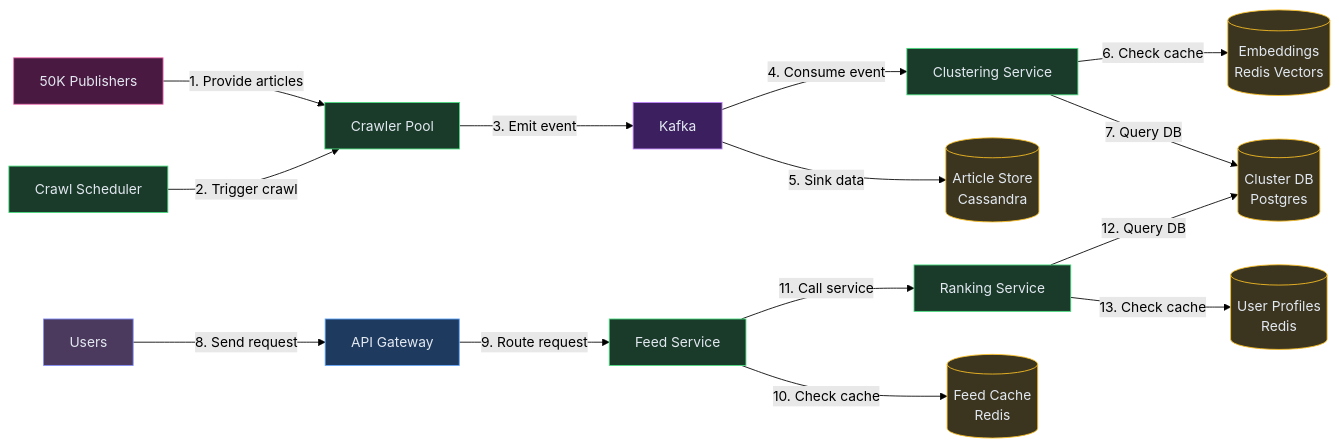
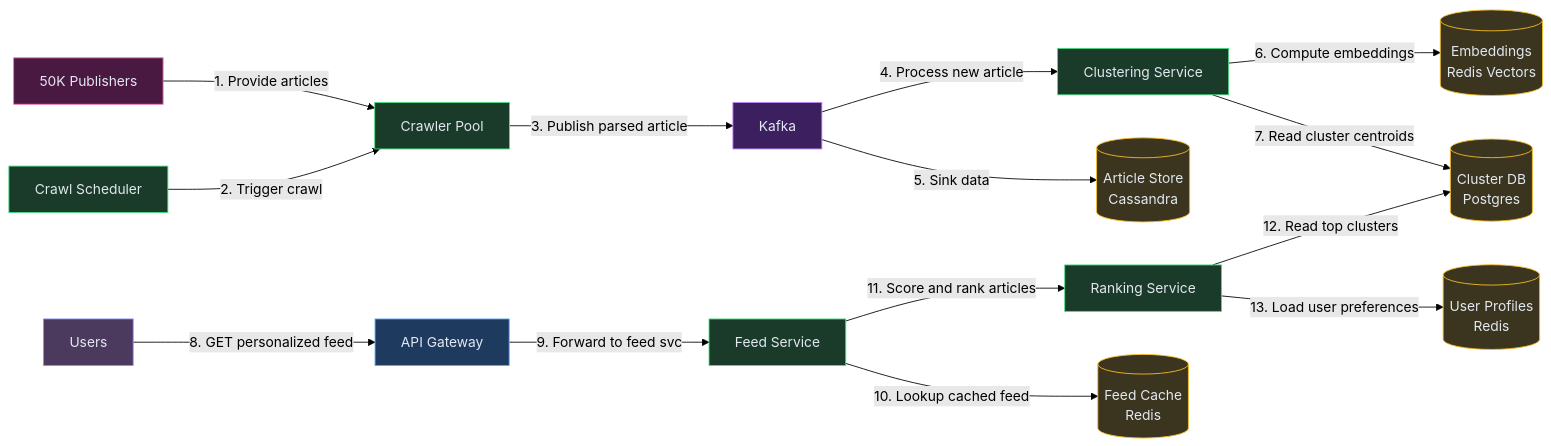
The seventh of 7 diagrams in content/hld/NewsAggregator.md (iluzn/HLD-Designs), drawn with Mermaid (forest theme) before and after one commit. The commit also changed other lines of this file and 27 other files, not shown here.

````diff
--- a/content/hld/NewsAggregator.md
+++ b/content/hld/NewsAggregator.md
@@ -447,38 +447,38 @@
 ```mermaid
 flowchart LR
     SOURCES["50K Publishers"]:::external
     SCHED["Crawl Scheduler"]:::service
     WORKERS["Crawler Pool"]:::service
     KF["Kafka"]:::async
     CLUSTER["Clustering Service"]:::service
     EMBED[("Embeddings<br/>Redis Vectors")]:::data
     CLUSTERDB[("Cluster DB<br/>Postgres")]:::data
     ARTICLES[("Article Store<br/>Cassandra")]:::data
     FEED["Feed Service"]:::service
     RANK["Ranking Service"]:::service
     CACHE[("Feed Cache<br/>Redis")]:::data
     PROFILE[("User Profiles<br/>Redis")]:::data
     USER["Users"]:::client
     GW["API Gateway"]:::edge
 
     SOURCES -->|"1. Provide articles"| WORKERS
     SCHED -->|"2. Trigger crawl"| WORKERS
-    WORKERS -->|"3. Emit event"| KF
-    KF -->|"4. Consume event"| CLUSTER
+    WORKERS -->|"3. Publish parsed article"| KF
+    KF -->|"4. Process new article"| CLUSTER
     KF -->|"5. Sink data"| ARTICLES
-    CLUSTER -->|"6. Check cache"| EMBED
-    CLUSTER -->|"7. Query DB"| CLUSTERDB
-    USER -->|"8. Send request"| GW
-    GW -->|"9. Route request"| FEED
-    FEED -->|"10. Check cache"| CACHE
-    FEED -->|"11. Call service"| RANK
-    RANK -->|"12. Query DB"| CLUSTERDB
-    RANK -->|"13. Check cache"| PROFILE
+    CLUSTER -->|"6. Compute embeddings"| EMBED
+    CLUSTER -->|"7. Read cluster centroids"| CLUSTERDB
+    USER -->|"8. GET personalized feed"| GW
+    GW -->|"9. Forward to feed svc"| FEED
+    FEED -->|"10. Lookup cached feed"| CACHE
+    FEED -->|"11. Score and rank articles"| RANK
+    RANK -->|"12. Read top clusters"| CLUSTERDB
+    RANK -->|"13. Load user preferences"| PROFILE
 
     classDef client fill:#4c3a5e,stroke:#818cf8,color:#e2e8f0
     classDef edge fill:#1e3a5f,stroke:#60a5fa,color:#e2e8f0
     classDef service fill:#1a3a2a,stroke:#4ade80,color:#e2e8f0
     classDef data fill:#3b3520,stroke:#fbbf24,color:#e2e8f0
     classDef async fill:#3b1f5e,stroke:#c084fc,color:#e2e8f0
     classDef external fill:#4a1942,stroke:#f472b6,color:#e2e8f0
 ```
````
